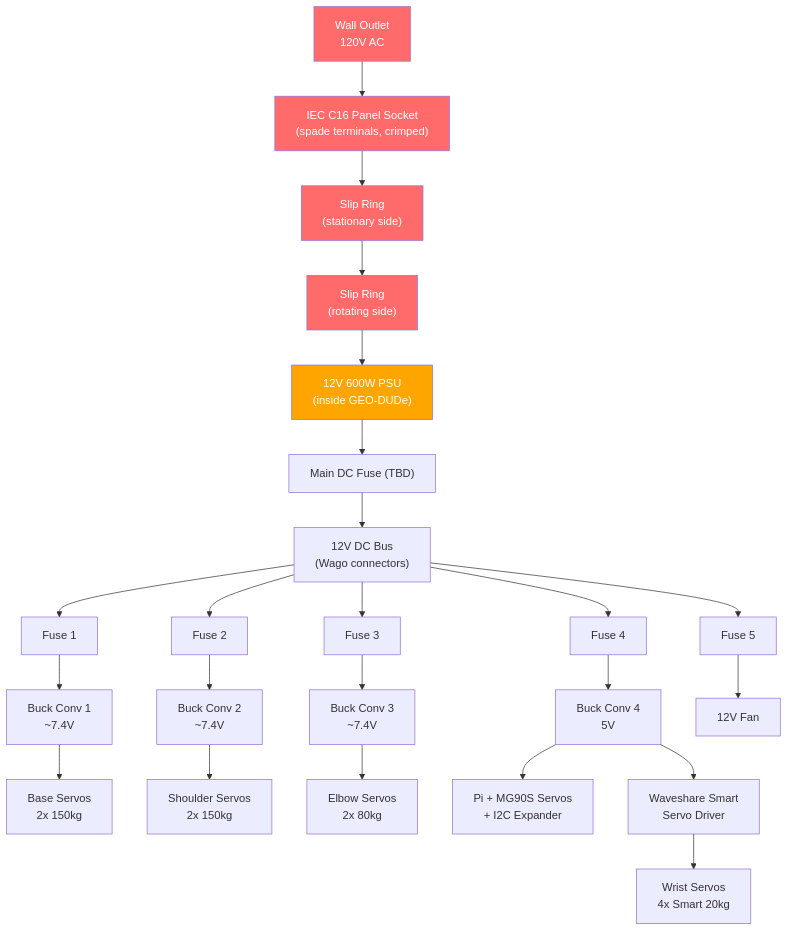
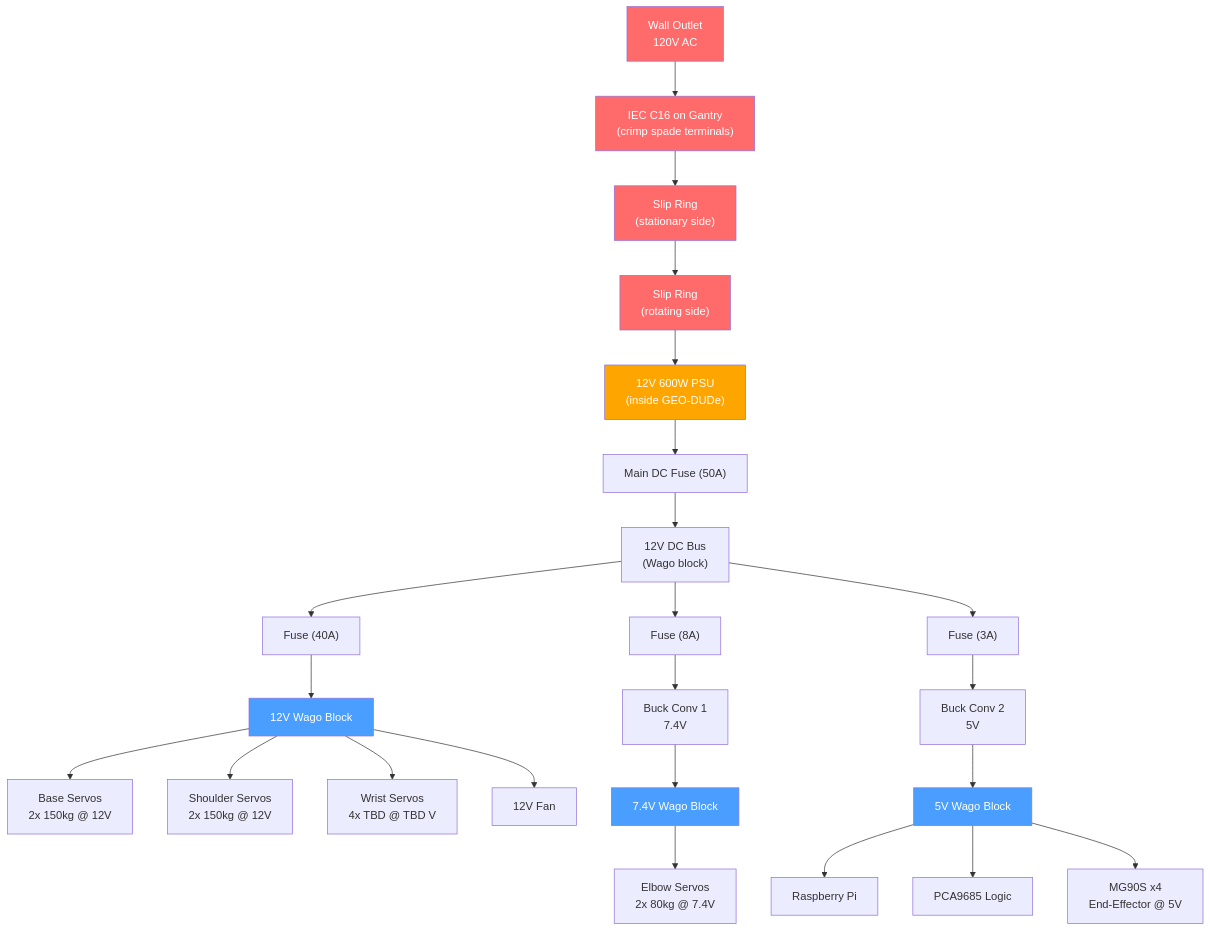
Before and after one commit to zeulewan/geodude-control: the first of 2 diagrams in docs/electrical/geodude/index.md, drawn with Mermaid. The commit also changed other lines of this file and 3 other files, not shown here.

First line of the commit message:
Major audit update: all dumb PWM servos, revised power architecture

````diff
--- a/docs/electrical/geodude/index.md
+++ b/docs/electrical/geodude/index.md
@@ -132,25 +194,35 @@
 ```mermaid
 graph TD
-    WALL["Wall Outlet<br/>120V AC"] --> IEC["IEC C16 Panel Socket<br/>(spade terminals, crimped)"]
+    WALL["Wall Outlet<br/>120V AC"] --> IEC["IEC C16 on Gantry<br/>(crimp spade terminals)"]
     IEC --> SLIP_IN["Slip Ring<br/>(stationary side)"]
     SLIP_IN --> SLIP_OUT["Slip Ring<br/>(rotating side)"]
     SLIP_OUT --> PSU["12V 600W PSU<br/>(inside GEO-DUDe)"]
 
-    PSU --> F_MAIN["Main DC Fuse (TBD)"]
-    F_MAIN --> BUS["12V DC Bus<br/>(Wago connectors)"]
+    PSU --> F_MAIN["Main DC Fuse (50A)"]
+    F_MAIN --> BUS["12V DC Bus<br/>(Wago block)"]
 
-    BUS --> F1["Fuse 1"] --> BUCK1["Buck Conv 1<br/>~7.4V"] --> BASE["Base Servos<br/>2x 150kg"]
-    BUS --> F2["Fuse 2"] --> BUCK2["Buck Conv 2<br/>~7.4V"] --> SHOULDER["Shoulder Servos<br/>2x 150kg"]
-    BUS --> F3["Fuse 3"] --> BUCK3["Buck Conv 3<br/>~7.4V"] --> ELBOW["Elbow Servos<br/>2x 80kg"]
-    BUS --> F4["Fuse 4"] --> BUCK4["Buck Conv 4<br/>5V"] --> PI_GROUP["Pi + MG90S Servos<br/>+ I2C Expander"]
-    BUS --> F5["Fuse 5"] --> FAN["12V Fan"]
+    BUS --> F_SERVO["Fuse (40A)"] --> WAGO12["12V Wago Block"]
+    WAGO12 --> BASE["Base Servos<br/>2x 150kg @ 12V"]
+    WAGO12 --> SHOULDER["Shoulder Servos<br/>2x 150kg @ 12V"]
+    WAGO12 --> WRIST["Wrist Servos<br/>4x TBD @ TBD V"]
+    WAGO12 --> FAN["12V Fan"]
 
-    BUCK4 --> SMART_DRV["Waveshare Smart<br/>Servo Driver"]
-    SMART_DRV --> WRIST["Wrist Servos<br/>4x Smart 20kg"]
+    BUS --> F_ELBOW["Fuse (8A)"] --> BUCK1["Buck Conv 1<br/>7.4V"]
+    BUCK1 --> WAGO74["7.4V Wago Block"]
+    WAGO74 --> ELBOW["Elbow Servos<br/>2x 80kg @ 7.4V"]
+
+    BUS --> F_5V["Fuse (3A)"] --> BUCK2["Buck Conv 2<br/>5V"]
+    BUCK2 --> WAGO5["5V Wago Block"]
+    WAGO5 --> PI["Raspberry Pi"]
+    WAGO5 --> PCA["PCA9685 Logic"]
+    WAGO5 --> MG90["MG90S x4<br/>End-Effector @ 5V"]
 
     style WALL fill:#ff6b6b,color:#fff
     style SLIP_IN fill:#ff6b6b,color:#fff
     style SLIP_OUT fill:#ff6b6b,color:#fff
     style IEC fill:#ff6b6b,color:#fff
     style PSU fill:#ffa500,color:#fff
+    style WAGO12 fill:#4a9eff,color:#fff
+    style WAGO74 fill:#4a9eff,color:#fff
+    style WAGO5 fill:#4a9eff,color:#fff
 ```
````
